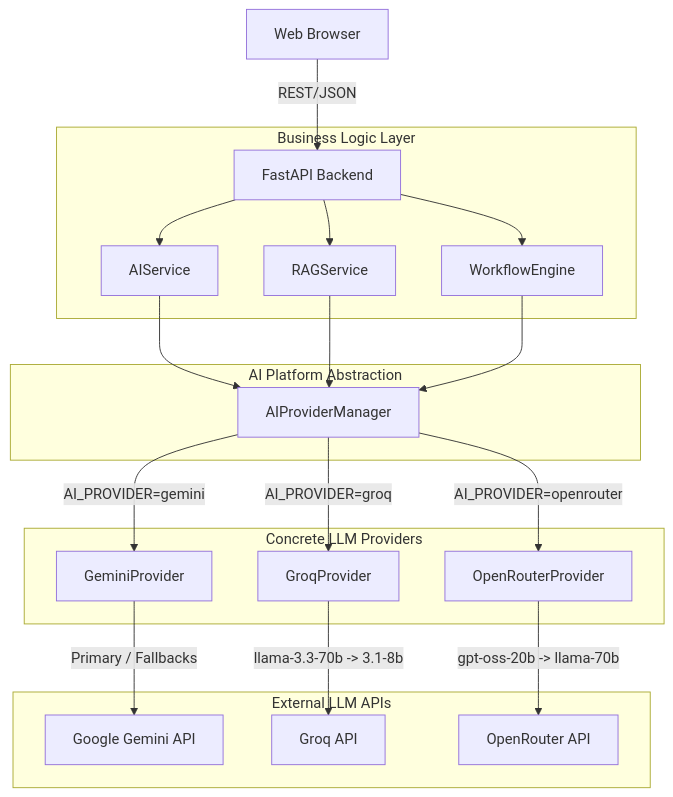
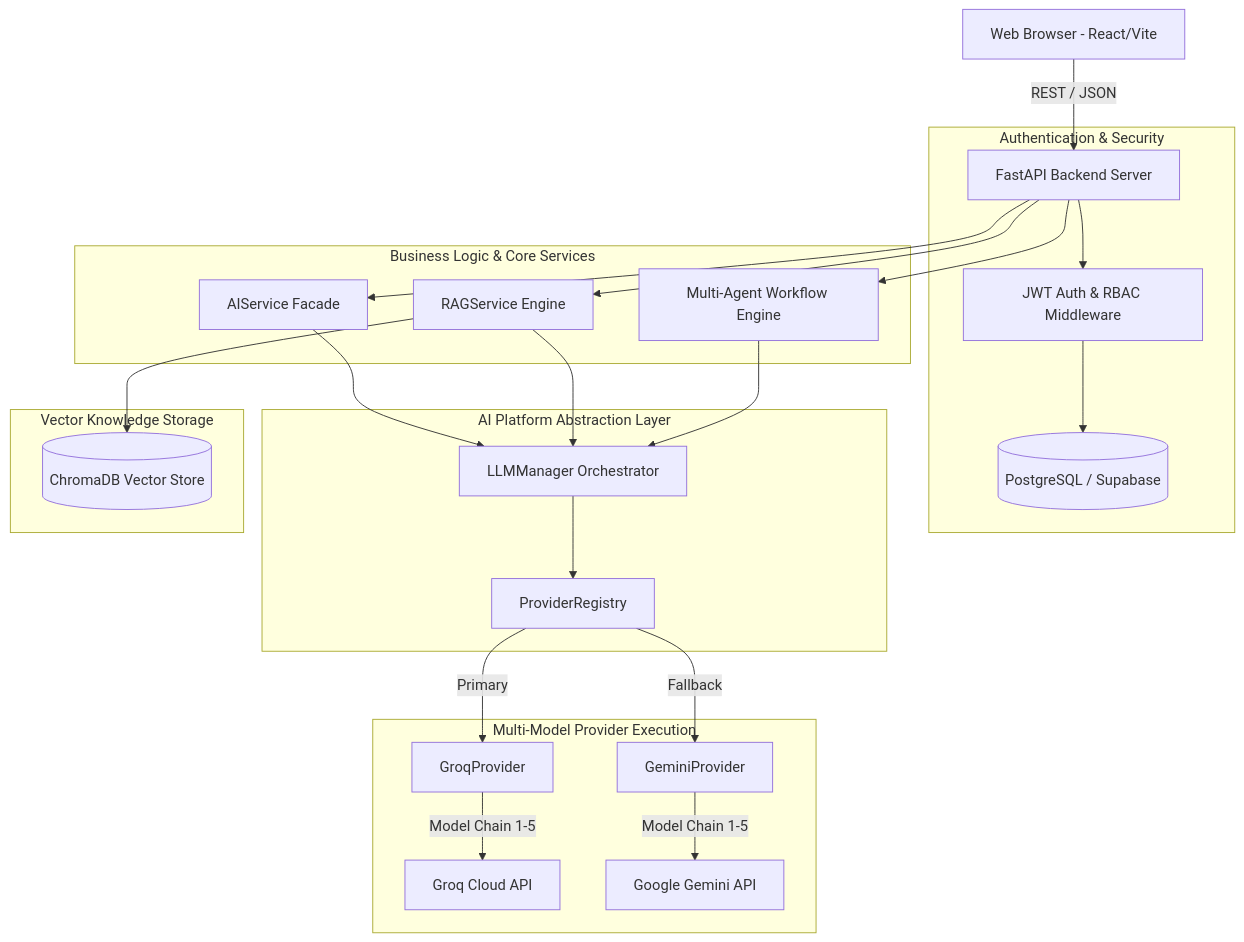
The diagram in README.md (ShaikSohel1/ai-learning-management-platform), drawn with Mermaid before and after one commit. The commit also changed other lines of this file and 16 other files, not shown here.

Commit message:
feat: implement provider-agnostic AI architecture with Groq and Gemini failover

````diff
--- a/README.md
+++ b/README.md
@@ -49,28 +37,34 @@
 ```mermaid
 graph TD
-    Client[Web Browser] -->|REST/JSON| FastAPI[FastAPI Backend]
-    
-    subgraph Business Logic Layer
-        FastAPI --> AIService[AIService]
-        FastAPI --> RAGService[RAGService]
-        FastAPI --> WorkflowEngine[WorkflowEngine]
+    Client[Web Browser - React/Vite] -->|REST / JSON| FastAPI[FastAPI Backend Server]
+
+    subgraph Authentication & Security
+        FastAPI --> AuthMiddleware[JWT Auth & RBAC Middleware]
+        AuthMiddleware --> Postgres[(PostgreSQL / Supabase)]
     end
 
-    subgraph AI Platform Abstraction
-        AIService --> ProviderManager[AIProviderManager]
-        RAGService --> ProviderManager
-        WorkflowEngine --> ProviderManager
-    end
-    
-    subgraph Concrete LLM Providers
-        ProviderManager -->|AI_PROVIDER=gemini| GeminiProvider[GeminiProvider]
-        ProviderManager -->|AI_PROVIDER=groq| GroqProvider[GroqProvider]
-        ProviderManager -->|AI_PROVIDER=openrouter| OpenRouterProvider[OpenRouterProvider]
+    subgraph Business Logic & Core Services
+        FastAPI --> AIService[AIService Facade]
+        FastAPI --> RAGService[RAGService Engine]
+        FastAPI --> WorkflowEngine[Multi-Agent Workflow Engine]
     end
 
-    subgraph External LLM APIs
-        GeminiProvider -->|Primary / Fallbacks| GeminiAPI[Google Gemini API]
-        GroqProvider -->|llama-3.3-70b -> 3.1-8b| GroqAPI[Groq API]
-        OpenRouterProvider -->|gpt-oss-20b -> llama-70b| OpenRouterAPI[OpenRouter API]
+    subgraph AI Platform Abstraction Layer
+        AIService --> LLMManager[LLMManager Orchestrator]
+        RAGService --> LLMManager
+        WorkflowEngine --> LLMManager
+        LLMManager --> ProviderRegistry[ProviderRegistry]
+    end
+
+    subgraph Multi-Model Provider Execution
+        ProviderRegistry -->|Primary| GroqProvider[GroqProvider]
+        ProviderRegistry -->|Fallback| GeminiProvider[GeminiProvider]
+        
+        GroqProvider -->|Model Chain 1-5| GroqAPI[Groq Cloud API]
+        GeminiProvider -->|Model Chain 1-5| GeminiAPI[Google Gemini API]
+    end
+
+    subgraph Vector Knowledge Storage
+        RAGService --> ChromaDB[(ChromaDB Vector Store)]
     end
 ```
````
